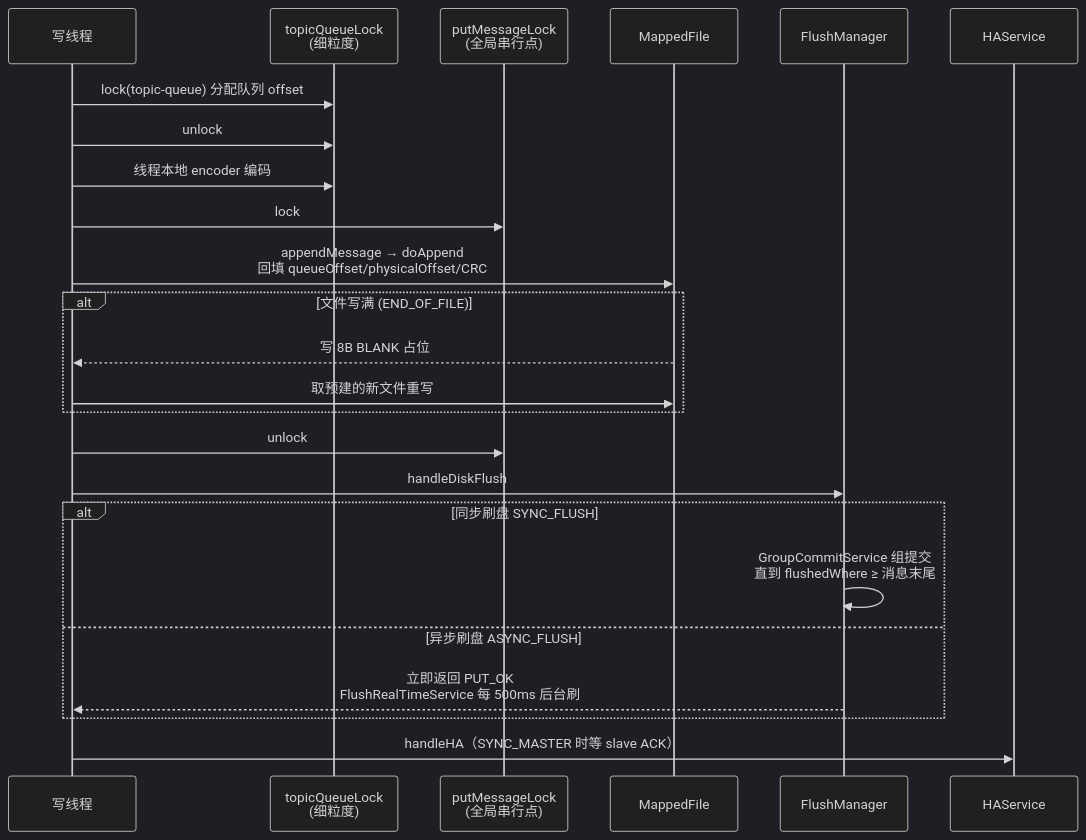
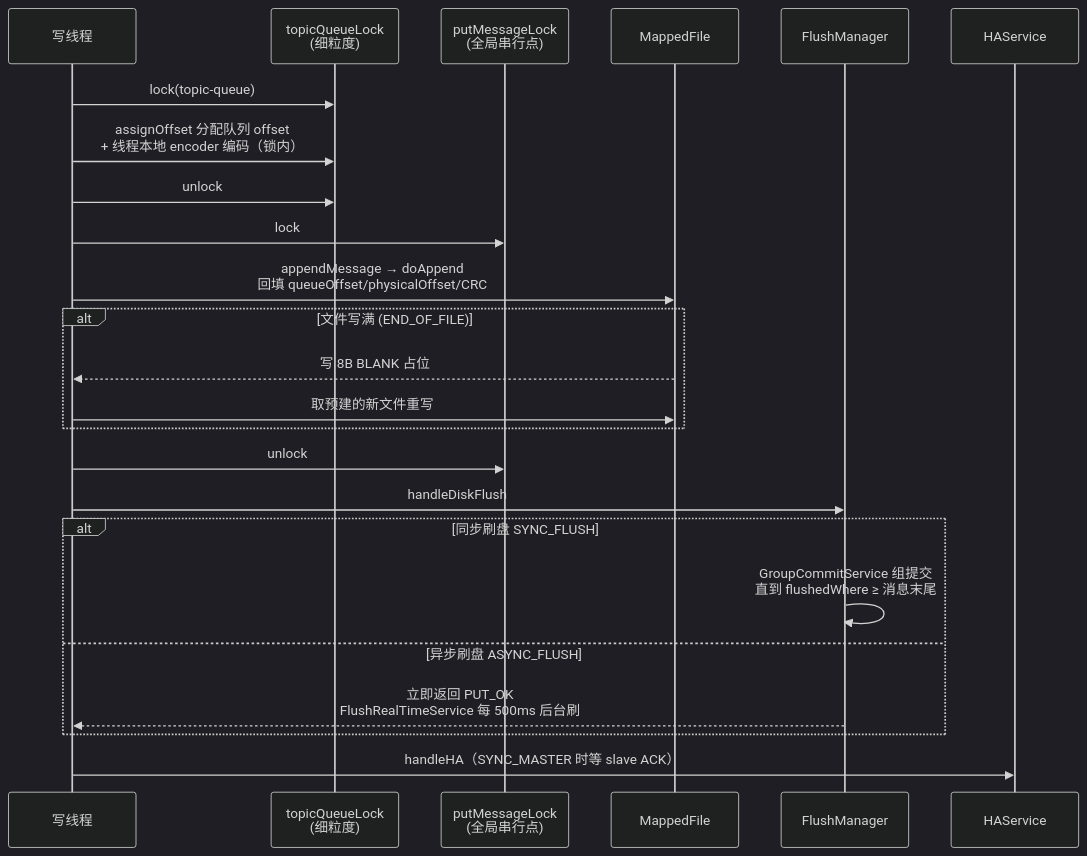
The third of 6 diagrams in learning_notes/rocketmq_storage_model_source_analysis.md (skt-shinyruo/rocketmq), drawn with Mermaid (dark theme) before and after one commit. The commit also changed other lines of this file and 12 other files, not shown here.

````diff
--- a/learning_notes/rocketmq_storage_model_source_analysis.md
+++ b/learning_notes/rocketmq_storage_model_source_analysis.md
@@ -82,27 +82,27 @@
 ```mermaid
 sequenceDiagram
     participant T as 写线程
     participant TQL as topicQueueLock<br/>(细粒度)
     participant PML as putMessageLock<br/>(全局串行点)
     participant MF as MappedFile
     participant FM as FlushManager
     participant HA as HAService
 
-    T->>TQL: lock(topic-queue) 分配队列 offset
+    T->>TQL: lock(topic-queue)
+    T->>TQL: assignOffset 分配队列 offset<br/>+ 线程本地 encoder 编码（锁内）
     T->>TQL: unlock
-    T->>TQL: 线程本地 encoder 编码
     T->>PML: lock
     T->>MF: appendMessage → doAppend<br/>回填 queueOffset/physicalOffset/CRC
     alt 文件写满 (END_OF_FILE)
         MF-->>T: 写 8B BLANK 占位
         T->>MF: 取预建的新文件重写
     end
     T->>PML: unlock
     T->>FM: handleDiskFlush
     alt 同步刷盘 SYNC_FLUSH
         FM->>FM: GroupCommitService 组提交<br/>直到 flushedWhere ≥ 消息末尾
     else 异步刷盘 ASYNC_FLUSH
         FM-->>T: 立即返回 PUT_OK<br/>FlushRealTimeService 每 500ms 后台刷
     end
     T->>HA: handleHA（SYNC_MASTER 时等 slave ACK）
 ```
````
